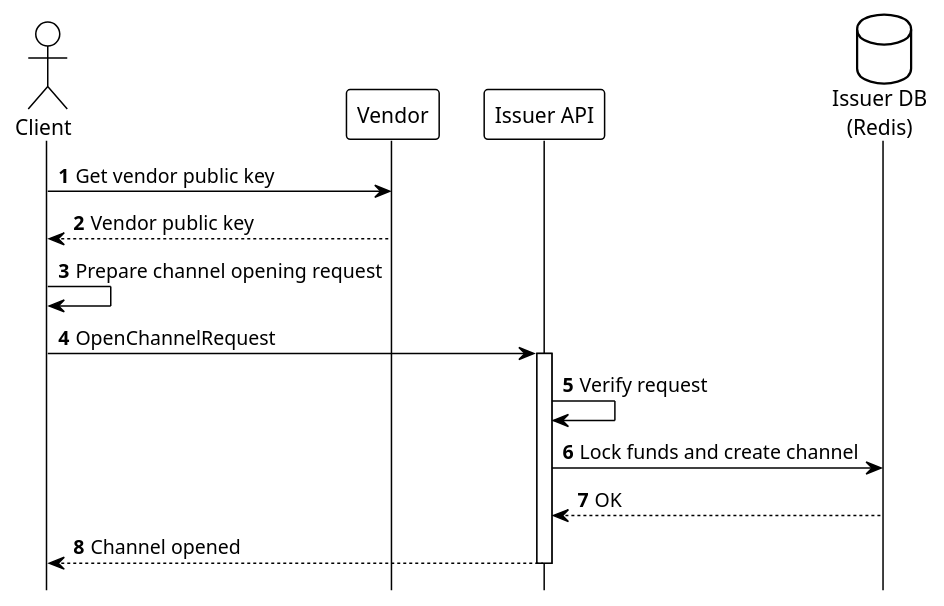
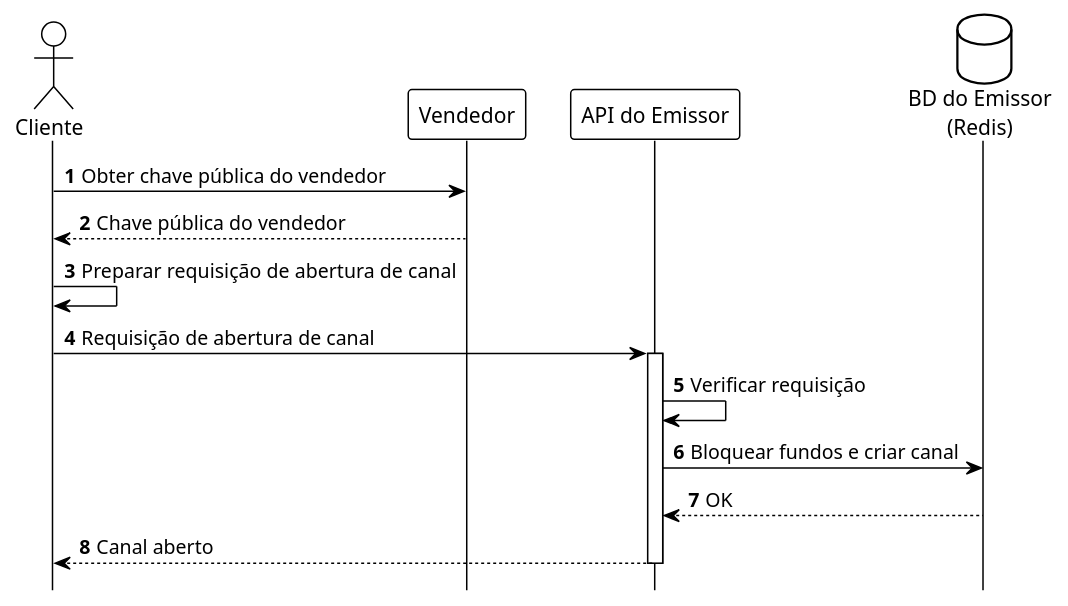
Before and after one commit to otaviootavio/nanomoni: the diagram in umls/phase1b-channel-opening.puml, drawn with PlantUML. The commit also changed 161 other files, not shown here.

```diff
--- a/umls/phase1b-channel-opening.puml
+++ b/umls/phase1b-channel-opening.puml
@@ -1,27 +1,27 @@
 @startuml Phase1b_Channel_Opening
 
 !theme plain
 autonumber
 
 hide footbox
 
-actor "Client" as Client
-participant "Vendor" as Vendor
-participant "Issuer API" as Issuer
-database "Issuer DB\n(Redis)" as IssuerDB
+actor "Cliente" as Client
+participant "Vendedor" as Vendor
+participant "API do Emissor" as Issuer
+database "BD do Emissor\n(Redis)" as IssuerDB
 
-Client -> Vendor: Get vendor public key
-Vendor --> Client: Vendor public key
-Client -> Client: Prepare channel opening request
+Client -> Vendor: Obter chave pública do vendedor
+Vendor --> Client: Chave pública do vendedor
+Client -> Client: Preparar requisição de abertura de canal
 
-Client -> Issuer: OpenChannelRequest
+Client -> Issuer: Requisição de abertura de canal
 activate Issuer
 
-Issuer -> Issuer: Verify request
-Issuer -> IssuerDB: Lock funds and create channel
+Issuer -> Issuer: Verificar requisição
+Issuer -> IssuerDB: Bloquear fundos e criar canal
 IssuerDB --> Issuer: OK
 
-Issuer --> Client: Channel opened
+Issuer --> Client: Canal aberto
 deactivate Issuer
 
 @enduml
```
